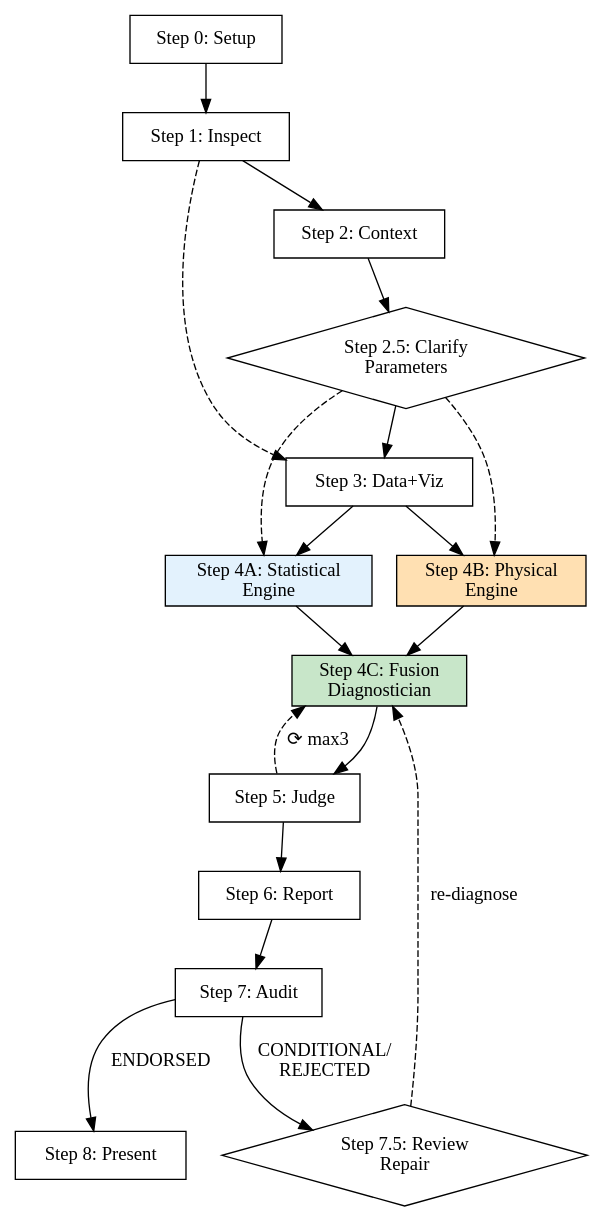
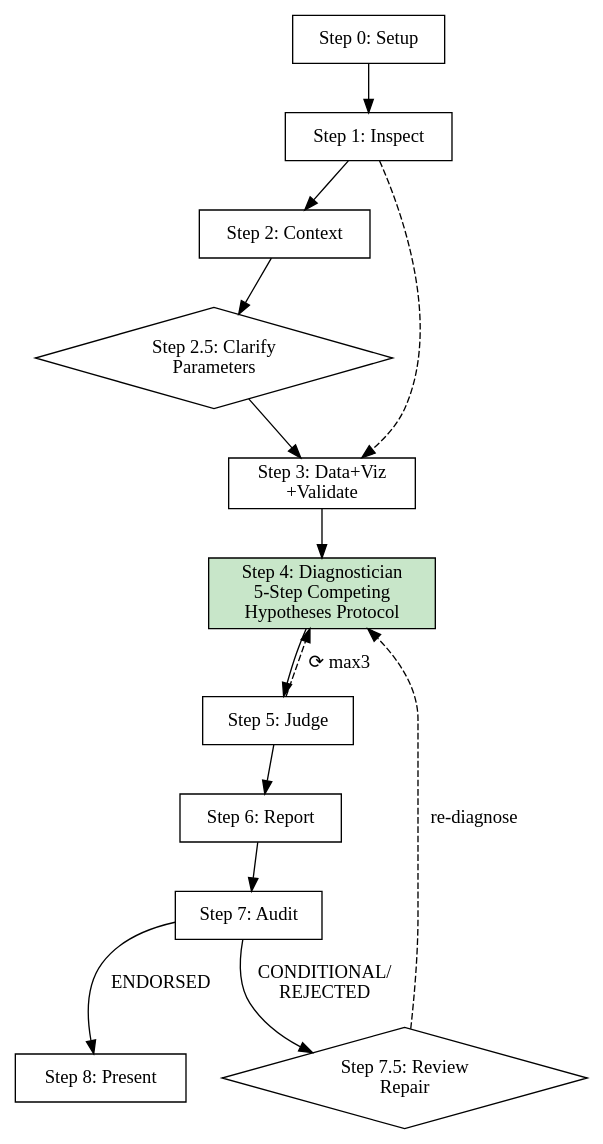
The diagram in .claude/skills/industrial-deep-diagnostic/SKILL.md (kingdol666/industrial-deep-diagnostic), drawn with Graphviz before and after one commit. The commit also changed other lines of this file and 12 other files, not shown here.

First line of the commit message:
feat: v6.0 — Competing Hypotheses Protocol replaces dual-engine architecture

````diff
--- a/.claude/skills/industrial-deep-diagnostic/SKILL.md
+++ b/.claude/skills/industrial-deep-diagnostic/SKILL.md
@@ -51,39 +51,32 @@
 ```dot
 digraph diagnostic_flow {
   rankdir=TB;
   node [shape=box];
 
   setup [label="Step 0: Setup"];
   inspect [label="Step 1: Inspect"];
   context [label="Step 2: Context"];
   clarify [label="Step 2.5: Clarify\nParameters" shape=diamond];
-  dataproc [label="Step 3: Data+Viz"];
-  stats [label="Step 4A: Statistical\nEngine" style=filled fillcolor="#E3F2FD"];
-  phys [label="Step 4B: Physical\nEngine" style=filled fillcolor="#FFE0B2"];
-  fusion [label="Step 4C: Fusion\nDiagnostician" style=filled fillcolor="#C8E6C9"];
+  dataproc [label="Step 3: Data+Viz\n+Validate"];
+  diagnose [label="Step 4: Diagnostician\n5-Step Competing\nHypotheses Protocol" style=filled fillcolor="#C8E6C9"];
   judge [label="Step 5: Judge"];
   report [label="Step 6: Report"];
   review [label="Step 7: Audit"];
   repair [label="Step 7.5: Review\nRepair" shape=diamond];
   present [label="Step 8: Present"];
 
   setup -> inspect;
   inspect -> context;
   inspect -> dataproc [style=dashed];
   context -> clarify;
   clarify -> dataproc;
-  clarify -> stats [style=dashed];
-  clarify -> phys [style=dashed];
-  dataproc -> stats;
-  dataproc -> phys;
-  stats -> fusion;
-  phys -> fusion;
-  fusion -> judge;
-  judge -> fusion [label="⟳ max3" style=dashed];
+  dataproc -> diagnose;
+  diagnose -> judge;
+  judge -> diagnose [label="⟳ max3" style=dashed];
   judge -> report;
   report -> review;
   review -> repair [label="CONDITIONAL/\nREJECTED"];
-  repair -> fusion [label="re-diagnose" style=dashed];
+  repair -> diagnose [label="re-diagnose" style=dashed];
   review -> present [label="ENDORSED"];
 }
 ```
````
